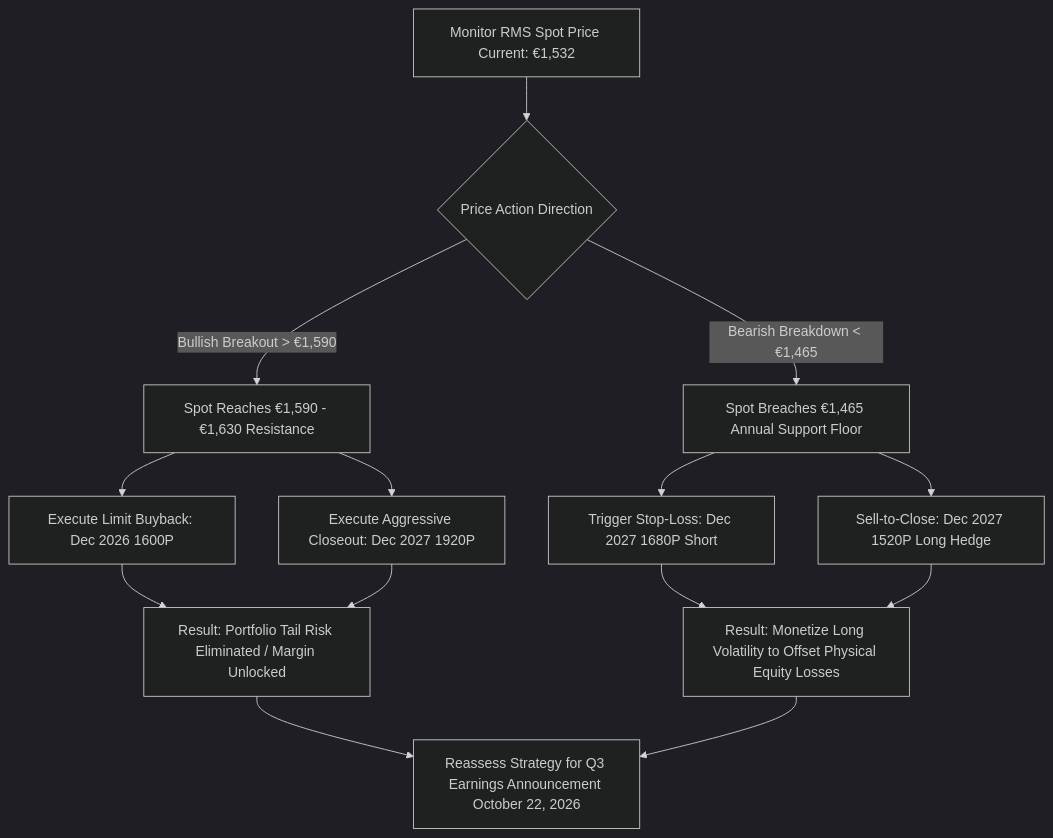
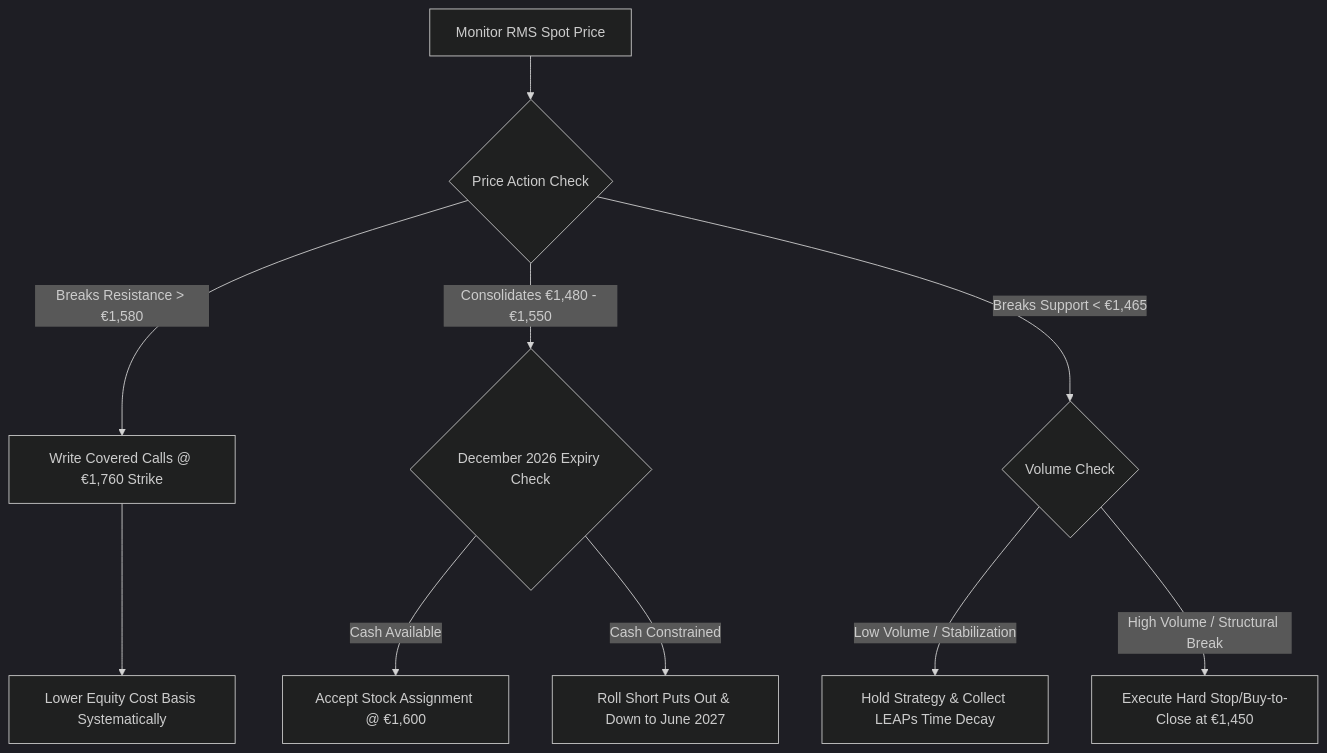
The diagram in docs/RMS.md (ray-oh/portal), drawn with Mermaid (dark theme) before and after one commit. The commit also changed other lines of this file, not shown here.

Commit message:
[Update] Automated upload via ChatFlow - docs/RMS.md

````diff
--- a/docs/RMS.md
+++ b/docs/RMS.md
@@ -49,14 +42,12 @@
 ``` mermaid
 graph TD
-A[Monitor RMS Spot Price Current: €1,532] --> B{Price Action Direction}
-B -->|Bullish Breakout > €1,590| C[Spot Reaches €1,590 - €1,630 Resistance]
-B -->|Bearish Breakdown < €1,465| D[Spot Breaches €1,465 Annual Support Floor]
-C --> C1[Execute Limit Buyback: Dec 2026 1600P]
-C --> C2[Execute Aggressive Closeout: Dec 2027 1920P]
-C1 & C2 --> C3[Result: Portfolio Tail Risk Eliminated / Margin Unlocked]
-D --> D1[Trigger Stop-Loss: Dec 2027 1680P Short]
-D --> D2[Sell-to-Close: Dec 2027 1520P Long Hedge]
-D1 & D2 --> D3[Result: Monetize Long Volatility to Offset Physical Equity Losses]
-C3 --> E[Reassess Strategy for Q3 Earnings Announcement October 22, 2026]
-D3 --> E
+A[Monitor RMS Spot Price] --> B{Price Action Check}
+B -->|Breaks Resistance > €1,580| C[Write Covered Calls @ €1,760 Strike]
+C --> C1[Lower Equity Cost Basis Systematically]
+B -->|Consolidates €1,480 - €1,550| D{December 2026 Expiry Check}
+D -->|Cash Available| D1[Accept Stock Assignment @ €1,600]
+D -->|Cash Constrained| D2[Roll Short Puts Out & Down to June 2027]
+B -->|Breaks Support < €1,465| E{Volume Check}
+E -->|Low Volume / Stabilization| E1[Hold Strategy & Collect LEAPs Time Decay]
+E -->|High Volume / Structural Break| F[Execute Hard Stop/Buy-to-Close at €1,450]
 ```
````
